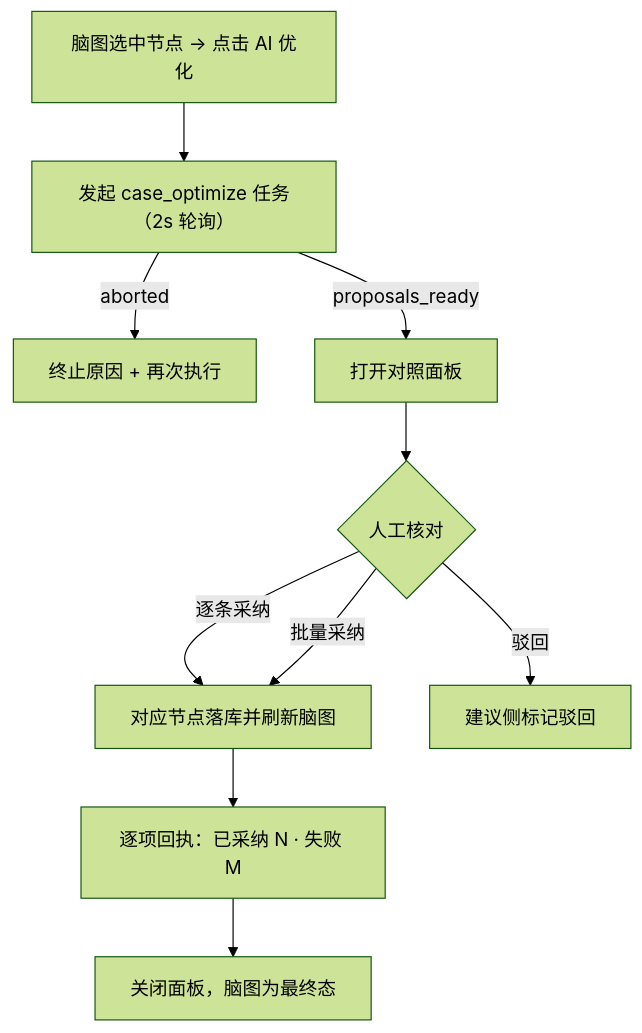
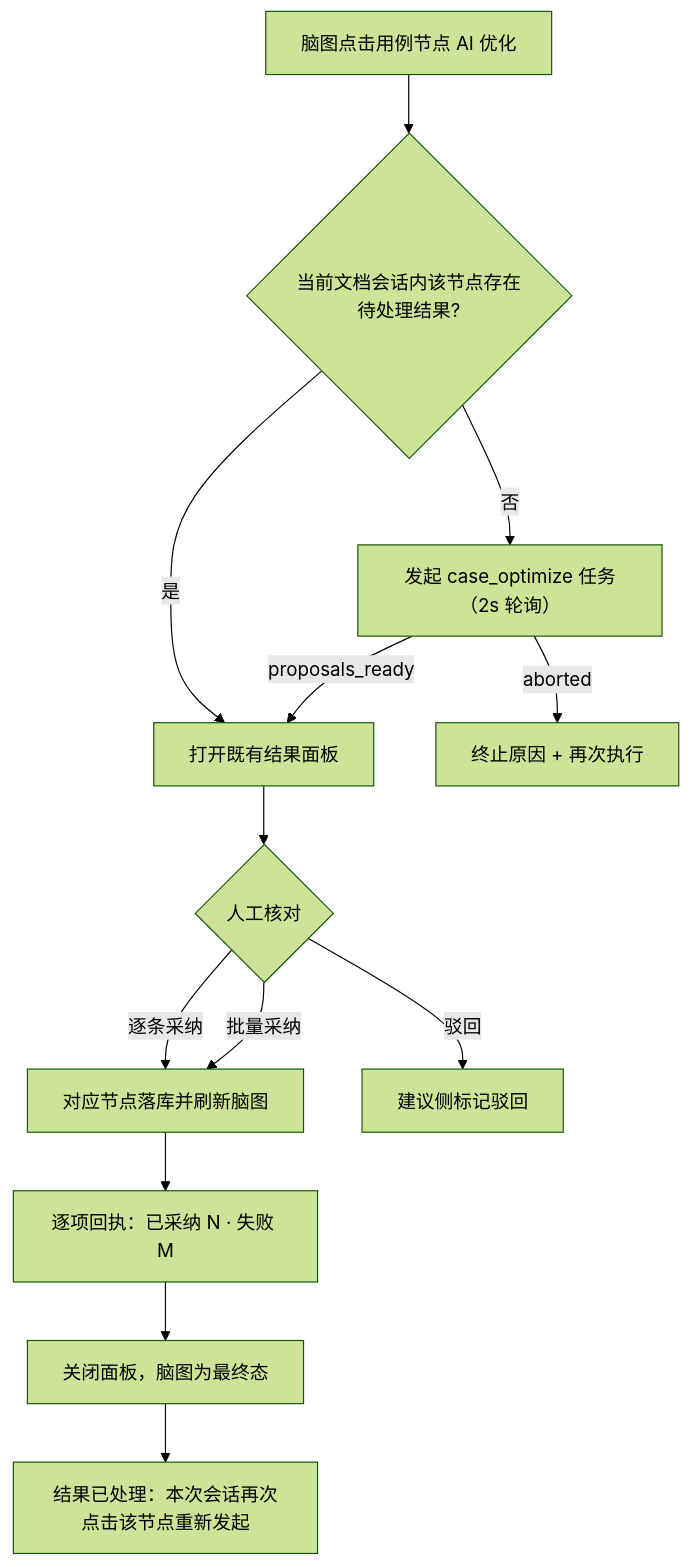
The diagram in docs/05-interaction-design/07-ai-capability/07-assisted-features-ui.md (XiaoMiSum/robotest), drawn with Mermaid (forest theme) before and after one commit. The commit also changed other lines of this file and 3 other files, not shown here.

````diff
--- a/docs/05-interaction-design/07-ai-capability/07-assisted-features-ui.md
+++ b/docs/05-interaction-design/07-ai-capability/07-assisted-features-ui.md
@@ -92,12 +110,15 @@
 ```mermaid
 flowchart TD
-  A[脑图选中节点 → 点击 AI 优化] --> B[发起 case_optimize 任务（2s 轮询）]
+  A[脑图点击用例节点 AI 优化] --> R{当前文档会话内该节点存在待处理结果?}
+  R -- 是 --> D[打开既有结果面板]
+  R -- 否 --> B[发起 case_optimize 任务（2s 轮询）]
   B -- aborted --> C[终止原因 + 再次执行]
-  B -- proposals_ready --> D[打开对照面板]
+  B -- proposals_ready --> D
   D --> E{人工核对}
   E -- 逐条采纳 --> F[对应节点落库并刷新脑图]
   E -- 批量采纳 --> F
   E -- 驳回 --> G[建议侧标记驳回]
   F --> H[逐项回执：已采纳 N · 失败 M]
   H --> I[关闭面板，脑图为最终态]
+  I --> J[结果已处理：本次会话再次点击该节点重新发起]
 ```
````
